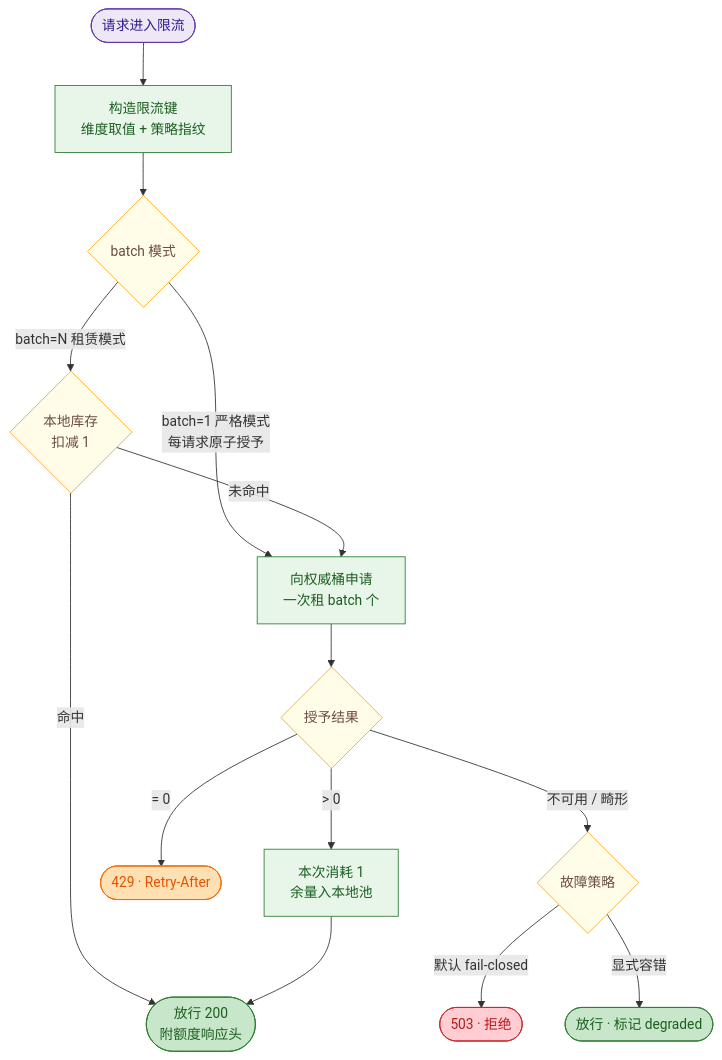
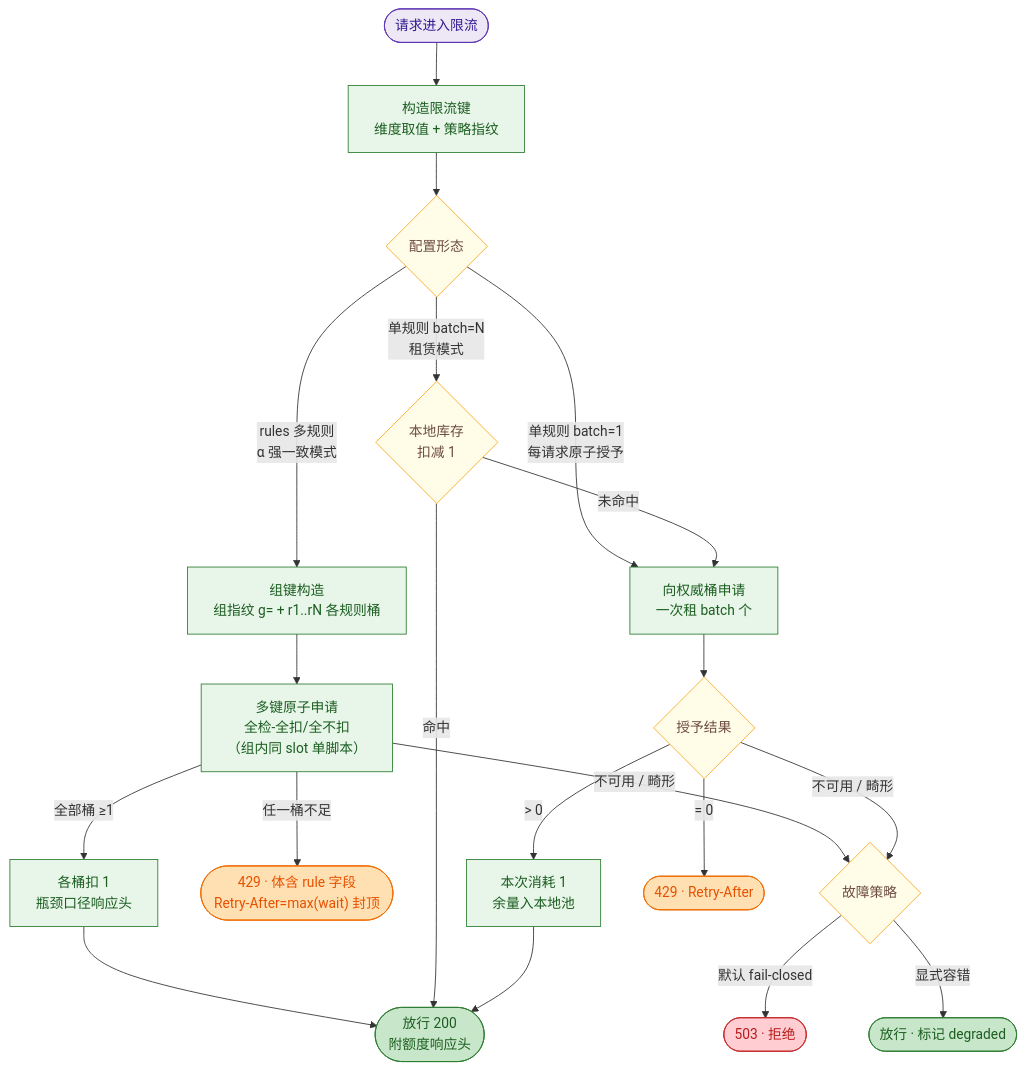
Before and after one commit to EffortsToTheBald/kong-ratelimit: the second of 3 diagrams in docs/architecture.md, drawn with Mermaid. The commit also changed other lines of this file and 5 other files, not shown here.

Commit message:
组6: 回归全绿（dims 8/8·quota 100/350/0·故障双路径）+ 文档同步（README/design/architecture/rule）+ Phase 3 验收报告

````diff
--- a/docs/architecture.md
+++ b/docs/architecture.md
@@ -84,29 +84,35 @@
 ```mermaid
 flowchart TD
     REQ(["请求进入限流"]) --> KEY["构造限流键<br/>维度取值 + 策略指纹"]
-    KEY --> MODE{"batch 模式"}
-    MODE -->|"batch=1 严格模式<br/>每请求原子授予"| GRANT["向权威桶申请"]
-    MODE -->|"batch=N 租赁模式"| TAKE{"本地库存<br/>扣减 1"}
+    KEY --> MODE{"配置形态"}
+    MODE -->|"rules 多规则<br/>α 强一致模式"| MKEY["组键构造<br/>组指纹 g= + r1..rN 各规则桶"]
+    MKEY --> MEVAL["多键原子申请<br/>全检-全扣/全不扣<br/>（组内同 slot 单脚本）"]
+    MEVAL -->|"全部桶 ≥1"| MUSE["各桶扣 1<br/>瓶颈口径响应头"]
+    MUSE --> PASS
+    MEVAL -->|"任一桶不足"| MREJ(["429 · 体含 rule 字段<br/>Retry-After=max(wait) 封顶"])
+    MEVAL -->|"不可用 / 畸形"| FT{"故障策略"}
+    MODE -->|"单规则 batch=1<br/>每请求原子授予"| GRANT["向权威桶申请"]
+    MODE -->|"单规则 batch=N<br/>租赁模式"| TAKE{"本地库存<br/>扣减 1"}
     TAKE -->|"命中"| PASS(["放行 200<br/>附额度响应头"])
     TAKE -->|"未命中"| GRANT["向权威桶申请<br/>一次租 batch 个"]
     GRANT --> RES{"授予结果"}
     RES -->|"> 0"| USE["本次消耗 1<br/>余量入本地池"]
     USE --> PASS
     RES -->|"= 0"| REJ(["429 · Retry-After"])
-    RES -->|"不可用 / 畸形"| FT{"故障策略"}
+    RES -->|"不可用 / 畸形"| FT
     FT -->|"默认 fail-closed"| S503(["503 · 拒绝"])
     FT -->|"显式容错"| DEG(["放行 · 标记 degraded"])
 
     classDef start fill:#ede7f6,stroke:#5e35b1,color:#311b92;
     classDef proc fill:#e8f5e9,stroke:#2e7d32,color:#1b5e20;
     classDef dec fill:#fffde7,stroke:#f9a825,color:#6d4c41;
     classDef allow fill:#c8e6c9,stroke:#2e7d32,color:#1b5e20;
     classDef reject fill:#ffe0b2,stroke:#ef6c00,color:#e65100;
     classDef fail fill:#ffcdd2,stroke:#c62828,color:#b71c1c;
     class REQ start;
-    class KEY,GRANT,USE proc;
+    class KEY,GRANT,USE,MKEY,MEVAL,MUSE proc;
     class MODE,TAKE,RES,FT dec;
     class PASS,DEG allow;
-    class REJ reject;
+    class REJ,MREJ reject;
     class S503 fail;
 ```
````
